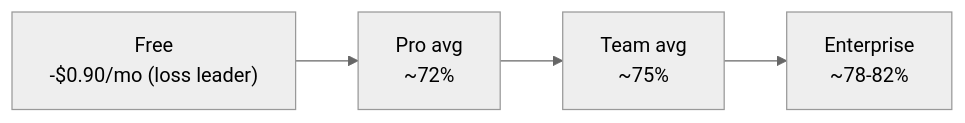
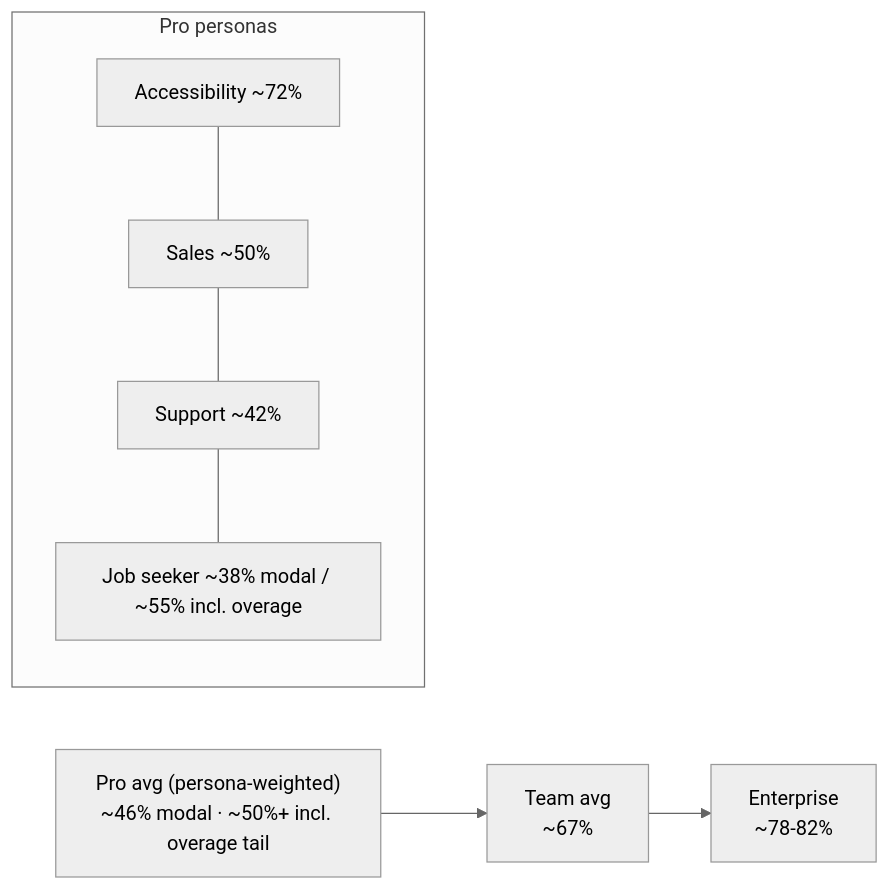
Before and after one commit to DarwinCamahalan/meeting-note-taker-ai: the diagram in docs/71-unit-economics.md, drawn with Mermaid (neutral theme). The commit also changed other lines of this file and 10 other files, not shown here.

````diff
--- a/docs/71-unit-economics.md
+++ b/docs/71-unit-economics.md
@@ -143,6 +168,8 @@
 ```mermaid
 flowchart LR
-  F["Free<br/>-$0.90/mo (loss leader)"] --> P["Pro avg<br/>~72%"]
-  P --> T["Team avg<br/>~75%"]
+  P["Pro avg (persona-weighted)<br/>~46% modal · ~50%+ incl. overage tail"] --> T["Team avg<br/>~67%"]
   T --> E["Enterprise<br/>~78-82%"]
+  subgraph Pro personas
+    A["Accessibility ~72%"] --- S["Sales ~50%"] --- Sp["Support ~42%"] --- J["Job seeker ~38% modal / ~55% incl. overage"]
+  end
 ```
````
